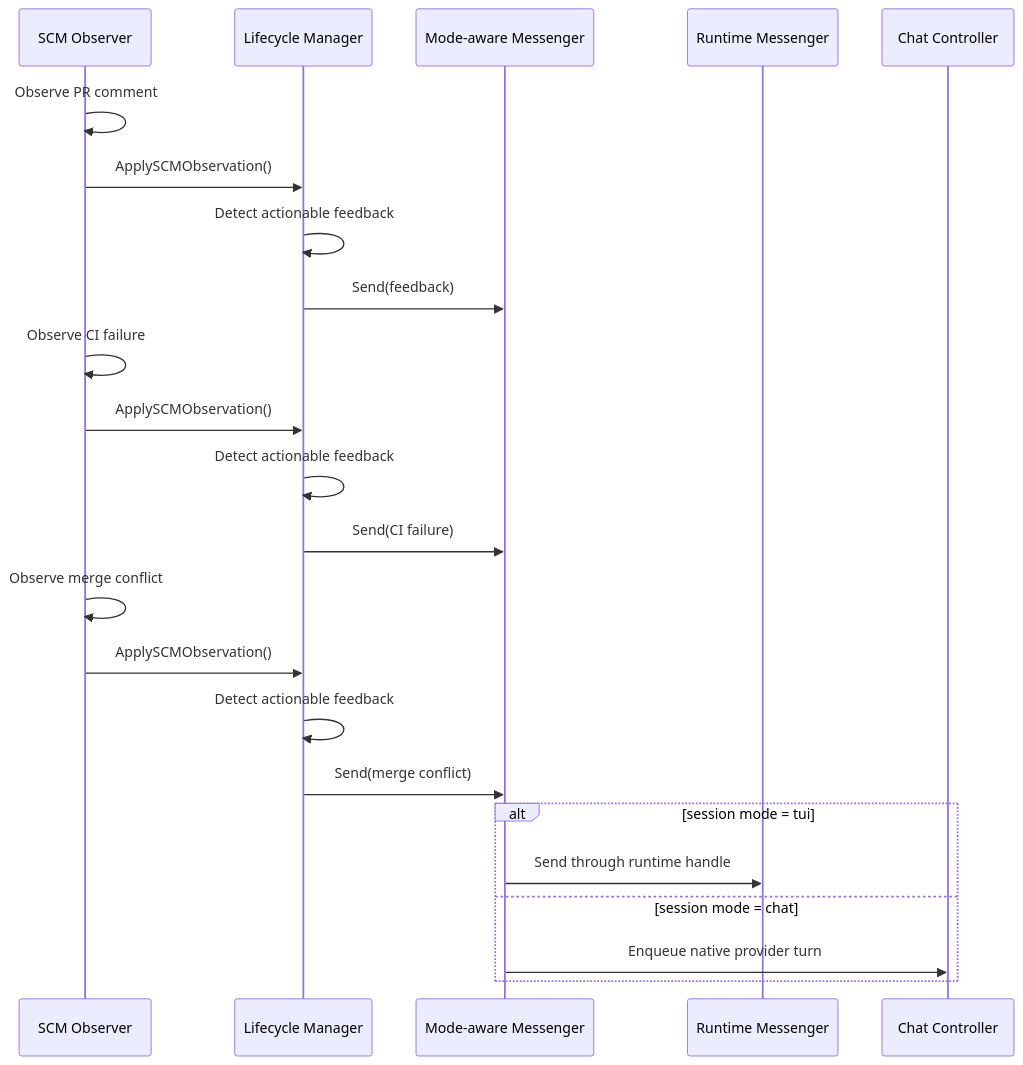
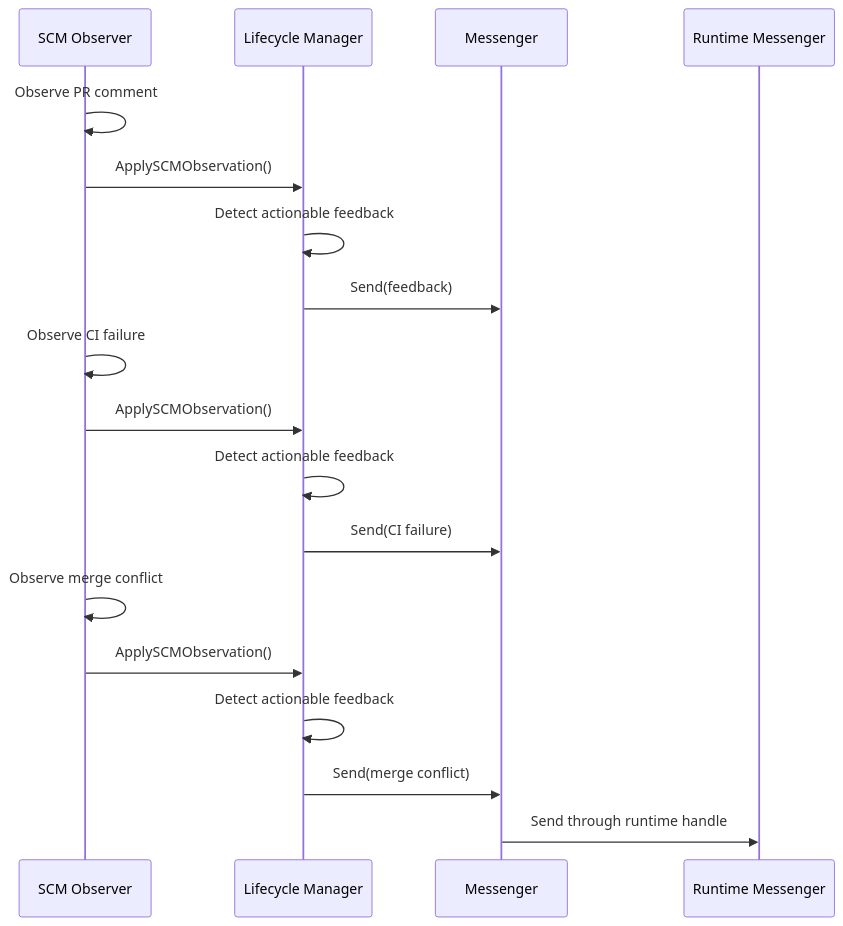
The ninth of 23 diagrams in docs/architecture.md (ercs-second-brain/agent-orchestrator), drawn with Mermaid before and after one commit. The commit also changed other lines of this file and 90 other files, not shown here.

````diff
--- a/docs/architecture.md
+++ b/docs/architecture.md
@@ -429,29 +319,24 @@
 ```mermaid
 sequenceDiagram
     participant SCM as SCM Observer
     participant LCM as Lifecycle Manager
-    participant Dispatch as Mode-aware Messenger
+    participant Dispatch as Messenger
     participant TUI as Runtime Messenger
-    participant Chat as Chat Controller
 
     SCM->>SCM: Observe PR comment
     SCM->>LCM: ApplySCMObservation()
     LCM->>LCM: Detect actionable feedback
     LCM->>Dispatch: Send(feedback)
 
     SCM->>SCM: Observe CI failure
     SCM->>LCM: ApplySCMObservation()
     LCM->>LCM: Detect actionable feedback
     LCM->>Dispatch: Send(CI failure)
 
     SCM->>SCM: Observe merge conflict
     SCM->>LCM: ApplySCMObservation()
     LCM->>LCM: Detect actionable feedback
     LCM->>Dispatch: Send(merge conflict)
 
-    alt session mode = tui
-        Dispatch->>TUI: Send through runtime handle
-    else session mode = chat
-        Dispatch->>Chat: Enqueue native provider turn
-    end
+    Dispatch->>TUI: Send through runtime handle
 ```
````
